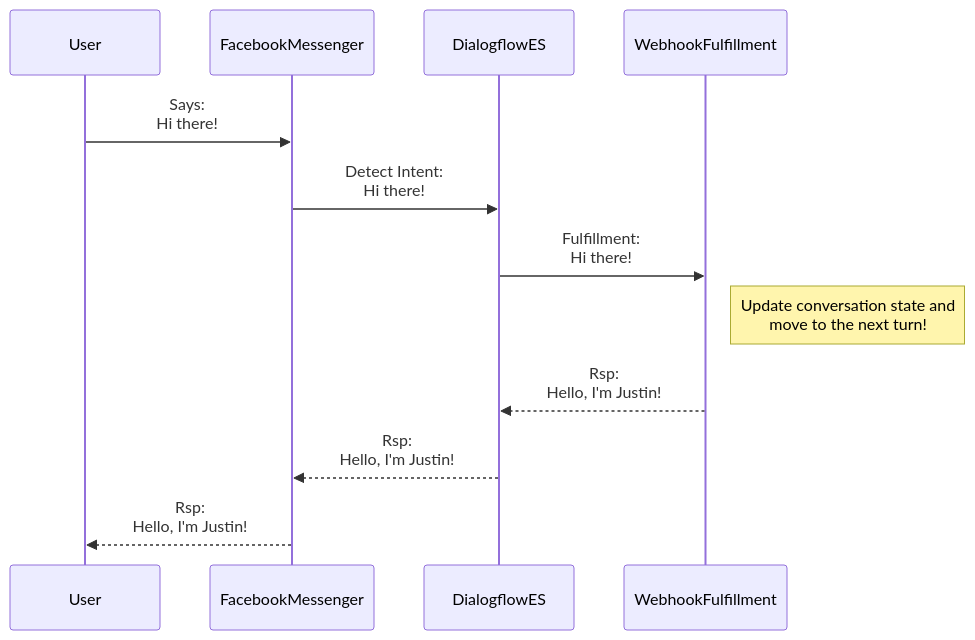
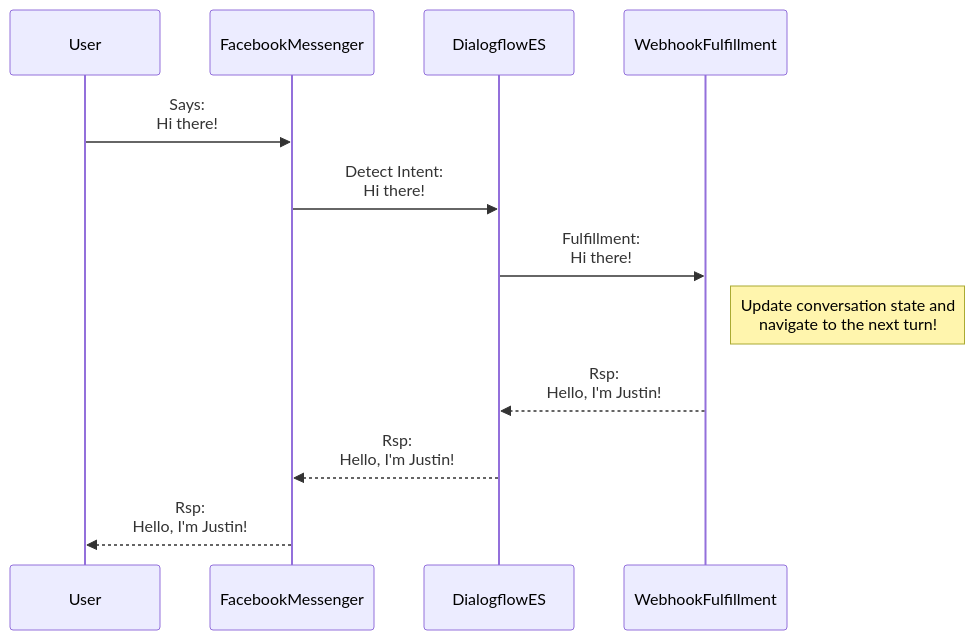
The diagram in README.md (jusranda/codingforconvos), drawn with Mermaid before and after one commit.

````diff
--- a/README.md
+++ b/README.md
@@ -4,14 +4,14 @@
 ```mermaid
 sequenceDiagram
     participant User
     participant FacebookMessenger
     participant DialogflowES
     participant WebhookFulfillment
     User->>FacebookMessenger: Says: <br/>Hi there!
     FacebookMessenger->>DialogflowES: Detect Intent: <br/>Hi there!
     DialogflowES->>WebhookFulfillment: Fulfillment: <br/>Hi there!
-    Note right of WebhookFulfillment: Update conversation state and<br/>move to the next turn!
+    Note right of WebhookFulfillment: Update conversation state and<br/>navigate to the next turn!
     WebhookFulfillment-->>DialogflowES: Rsp: <br/>Hello, I'm Justin!
     DialogflowES-->>FacebookMessenger: Rsp: <br/>Hello, I'm Justin!
     FacebookMessenger-->>User: Rsp: <br/>Hello, I'm Justin!
 ```
````
